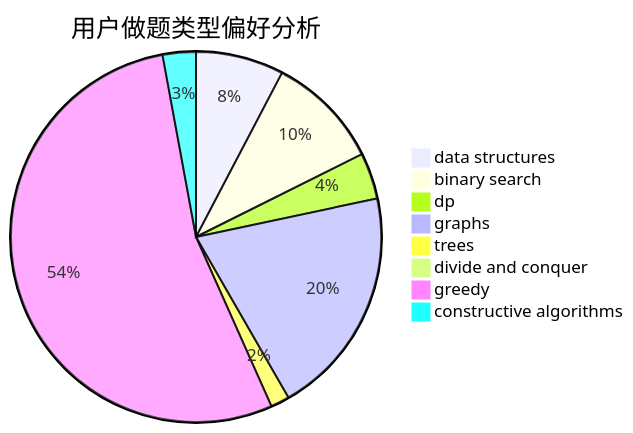
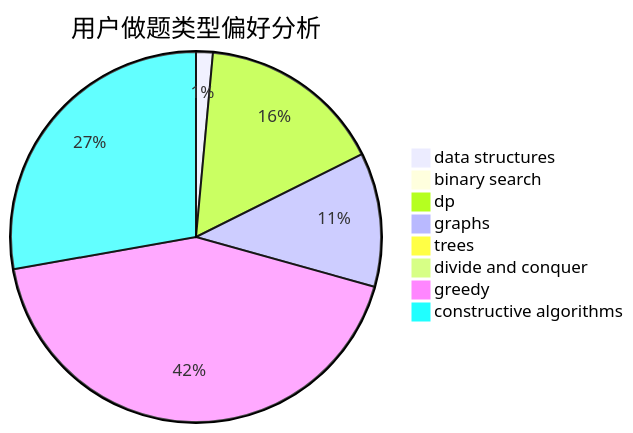
The second of 3 diagrams in docs/user/u1946.md (sherpahu/cfrs.github.io), drawn with Mermaid before and after one commit. The commit also changed other lines of this file and 2770 other files, not shown here.

````diff
--- a/docs/user/u1946.md
+++ b/docs/user/u1946.md
@@ -23,11 +23,11 @@
 ```mermaid
 pie title 用户做题类型偏好分析
-    "data structures" :  61
-    "binary search" :  79
-    "dp" :  32
-    "graphs" :  159
-    "trees" :  13
-    "divide and conquer" :  1
-    "greedy" :  427
-    "constructive algorithms" :  23
+    "data structures" :  18
+    "binary search" :  9
+    "dp" :  199
+    "graphs" :  144
+    "trees" :  11
+    "divide and conquer" :  3
+    "greedy" :  528
+    "constructive algorithms" :  342
 ```
````
